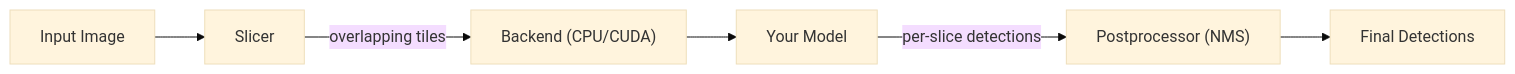
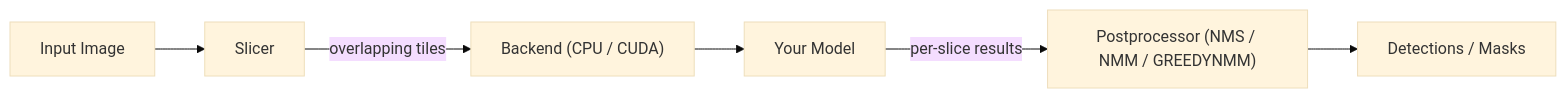
One commit to danghoangnhan/sahi.rs changed the diagram in README.md. Above: the diagram before and after it, drawn with Mermaid (base theme). The commit also changed other lines of this file and 1 other file, not shown here.

````diff
--- a/README.md
+++ b/README.md
@@ -5,8 +14,8 @@
 ```mermaid
 flowchart LR
     A["Input Image"] --> B["Slicer"]
-    B -->|"overlapping tiles"| C["Backend (CPU/CUDA)"]
+    B -->|"overlapping tiles"| C["Backend (CPU / CUDA)"]
     C --> D["Your Model"]
-    D -->|"per-slice detections"| E["Postprocessor (NMS)"]
-    E --> F["Final Detections"]
+    D -->|"per-slice results"| E["Postprocessor (NMS / NMM / GREEDYNMM)"]
+    E --> F["Detections / Masks"]
 ```
````
